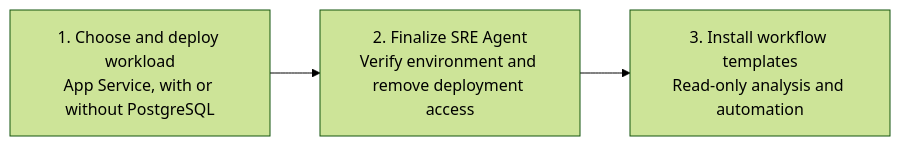
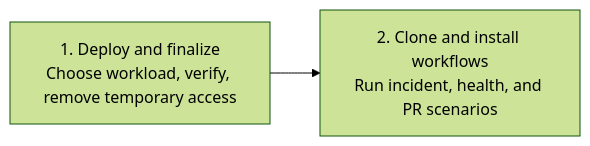
The diagram in labs/onboardinglab/README.md (microsoft/sre-agent), drawn with Mermaid (forest theme) before and after one commit. The commit also changed other lines of this file and 2 other files, not shown here.

Commit message:
docs(onboarding): simplify participant workflow

````diff
--- a/labs/onboardinglab/README.md
+++ b/labs/onboardinglab/README.md
@@ -21,7 +21,6 @@
 ```mermaid
 flowchart LR
-   app["1. Choose and deploy workload<br/>App Service, with or without PostgreSQL"]
-   agent["2. Finalize SRE Agent<br/>Verify environment and remove deployment access"]
-   workflow["3. Install workflow templates<br/>Read-only analysis and automation"]
-   app --> agent --> workflow
+   deploy["1. Deploy and finalize<br/>Choose workload, verify, remove temporary access"]
+   workflow["2. Clone and install workflows<br/>Run incident, health, and PR scenarios"]
+   deploy --> workflow
 ```
````
